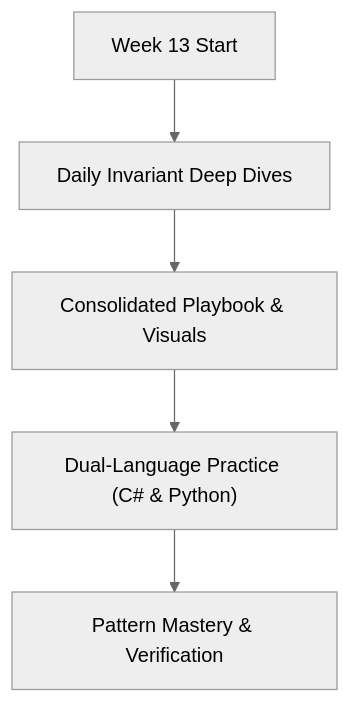
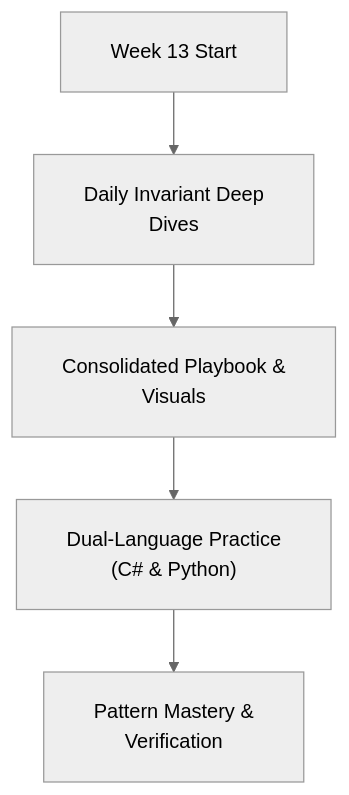
The diagram in week_13_backtracking_and_branch_bound/README.md (dip4k/DSA_102), drawn with Mermaid (neutral theme) before and after one commit. The commit also changed 108 other files, not shown here.

First line of the commit message:
fix(mermaid): resolve diagram clipping, padding, and syntax issues across repo

````diff
--- a/week_13_backtracking_and_branch_bound/README.md
+++ b/week_13_backtracking_and_branch_bound/README.md
@@ -16,7 +16,8 @@
 ```mermaid
+%%{init: {"flowchart": {"htmlLabels": true, "padding": 20}}}%%
 flowchart TD
-    Start["Week 13 Start"] --> Daily["Daily Invariant Deep Dives"]
-    Daily --> Playbook["Consolidated Playbook & Visuals"]
-    Playbook --> DualLang["Dual-Language Practice (C# & Python)"]
-    DualLang --> Mastery["Pattern Mastery & Verification"]
+    Start["Week 13 Start"] --> Daily["Daily Invariant Deep<br/>Dives"]
+    Daily --> Playbook["Consolidated Playbook &<br/>Visuals"]
+    Playbook --> DualLang["Dual-Language Practice<br/>(C# & Python)"]
+    DualLang --> Mastery["Pattern Mastery &<br/>Verification"]
 ```
````
